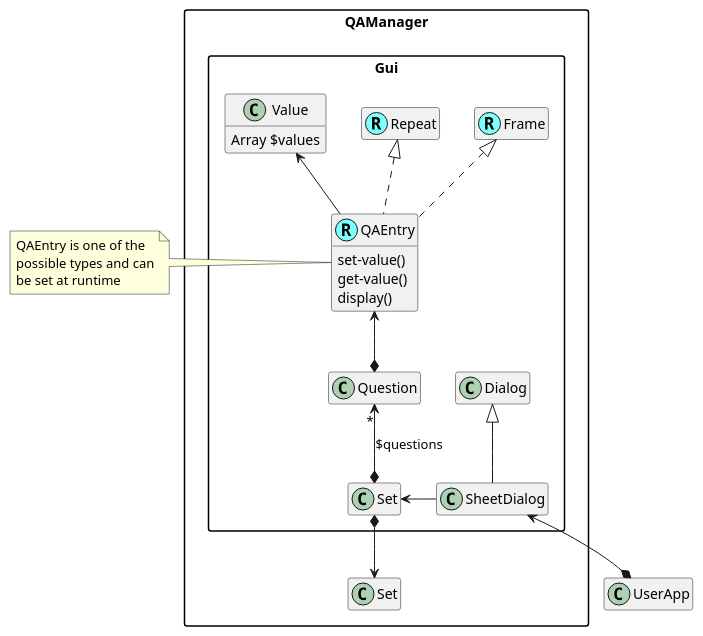
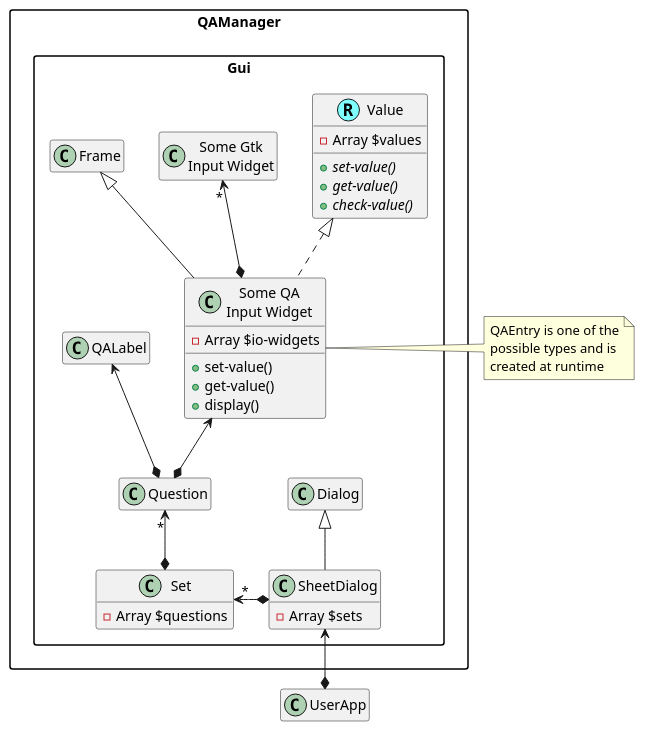
One commit to MARTIMM/qa-manager changed the diagram in doc/plantuml/SheetDialog.md. Above: the diagram before and after it, drawn with PlantUML. The commit also changed 3 other files, not shown here.

Commit message:
better dialog. returned value in other hash

````diff
--- a/doc/plantuml/SheetDialog.md
+++ b/doc/plantuml/SheetDialog.md
@@ -1,48 +1,55 @@
 ```plantuml
 @startuml
 'scale 0.9
 skinparam packageStyle rectangle
 skinparam stereotypeCBackgroundColor #80ffff
 set namespaceSeparator ::
 hide empty members
 
-class QAManager::Gui::Frame <<(R,#80ffff)>>
-class QAManager::Gui::Repeat <<(R,#80ffff)>>
-'class QAManager::Gui::QAFieldType
+'class QAManager::Gui::Frame <<(R,#80ffff)>>
+'class QAManager::Gui::Repeat <<(R,#80ffff)>>
 
-class QAManager::Gui::Value {
-  Array $values
+class QAManager::Gui::Value <<(R,#80ffff)>> {
+  +{abstract} set-value()
+  +{abstract} get-value()
+  +{abstract} check-value()
+  -Array $values
+}
+
+class "Some Gtk\nInput Widget" as QAManager::Gui::GtkIOWidget
+
+class "Some QA\nInput Widget" as QAManager::Gui::QAIOWidget {
+  -Array $io-widgets
+  +set-value()
+  +get-value()
+  +display()
+}
+
+note right of QAManager::Gui::QAIOWidget : QAEntry is one of the\npossible types and is\ncreated at runtime
+
+class QAManager::Gui::Set {
+  -Array $questions
+}
+
+class QAManager::Gui::SheetDialog {
+  -Array $sets
 }
 
 
-class QAManager::Gui::QAEntry <<(R,#80ffff)>> {
-  set-value()
-  get-value()
-  display()
-}
-
-note left of QAManager::Gui::QAEntry : QAEntry is one of the\npossible types and can\nbe set at runtime
-
-
-
-
-'Gnome::Gtk3::Dialog <|-- QAManager::Gui::Dialog
 QAManager::Gui::Dialog <|-- QAManager::Gui::SheetDialog
-QAManager::Gui::Set <- QAManager::Gui::SheetDialog
-QAManager::Gui::Set *--> QAManager::Set
+QAManager::Gui::Set "*" <-* QAManager::Gui::SheetDialog
+'QAManager::Gui::Set *--> QAManager::Set
 QAManager::Gui::SheetDialog <--* UserApp
 
-'Gnome::Gtk3::Frame <|-- QAManager::Gui::Frame
-QAManager::Gui::Value <-- QAManager::Gui::QAEntry
+QAManager::Gui::Value <|.. QAManager::Gui::QAIOWidget
+QAManager::Gui::GtkIOWidget "*" <--* QAManager::Gui::QAIOWidget
+QAManager::Gui::Frame <|-- QAManager::Gui::QAIOWidget
+'QAManager::Gui::Repeat <|.. QAManager::Gui::QAIOWidget
 
-QAManager::Gui::Frame <|.. QAManager::Gui::QAEntry
-QAManager::Gui::Repeat <|.. QAManager::Gui::QAEntry
-'QAManager::Gui::QAEntry <|. QAManager::Gui::QAFieldType
+QAManager::Gui::QAIOWidget <--* QAManager::Gui::Question
+QAManager::Gui::QALabel <--* QAManager::Gui::Question
 
-QAManager::Gui::QAEntry <--* QAManager::Gui::Question
-'Gnome::Gtk3::Label <--* QAManager::Gui::Question
-
-QAManager::Gui::Question "*" <--* QAManager::Gui::Set : $questions
+QAManager::Gui::Question "*" <--* QAManager::Gui::Set
 
 @enduml
 ```
````
